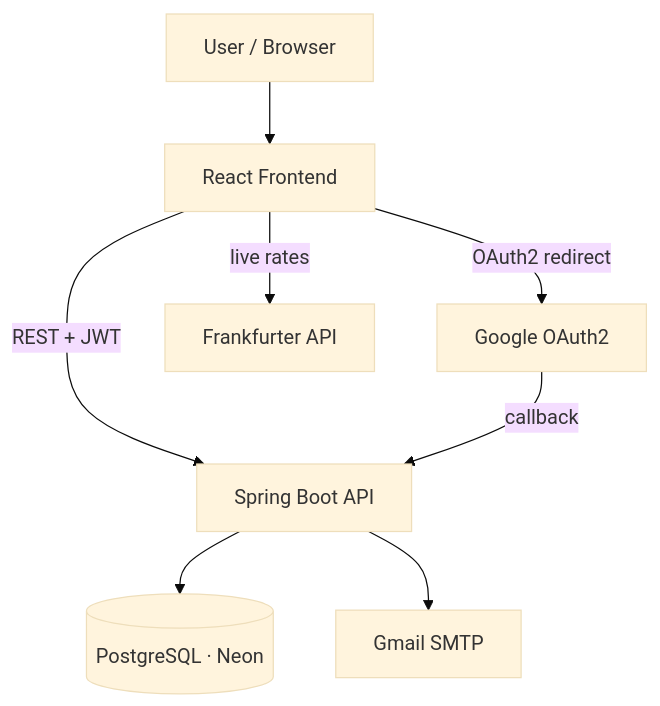
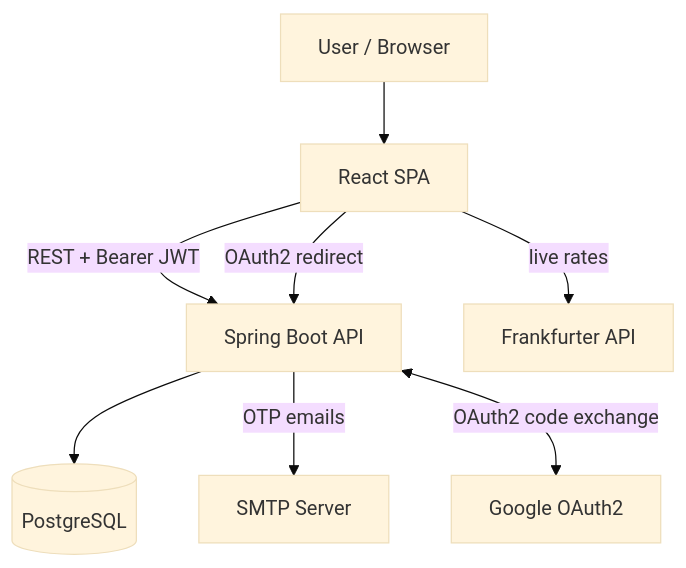
The second of 16 diagrams in portfolio-react/public/docs/travelluhh.md (snsyaqirah/snsyaqirah.github.io), drawn with Mermaid (base theme) before and after one commit. The commit also changed other lines of this file and 101 other files, not shown here.

````diff
--- a/portfolio-react/public/docs/travelluhh.md
+++ b/portfolio-react/public/docs/travelluhh.md
@@ -118,10 +125,10 @@
 ```mermaid
 graph TD
-    U[User / Browser] --> FE[React Frontend]
-    FE -->|REST + JWT| BE[Spring Boot API]
-    BE --> DB[(PostgreSQL · Neon)]
-    BE --> SMTP[Gmail SMTP]
-    FE -->|OAuth2 redirect| GAUTH[Google OAuth2]
-    GAUTH -->|callback| BE
+    U[User / Browser] --> FE[React SPA]
+    FE -->|REST + Bearer JWT| BE[Spring Boot API]
+    BE --> DB[(PostgreSQL)]
+    BE -->|OTP emails| SMTP[SMTP Server]
+    FE -->|OAuth2 redirect| BE
+    BE <-->|OAuth2 code exchange| GAUTH[Google OAuth2]
     FE -->|live rates| FX[Frankfurter API]
 ```
````
